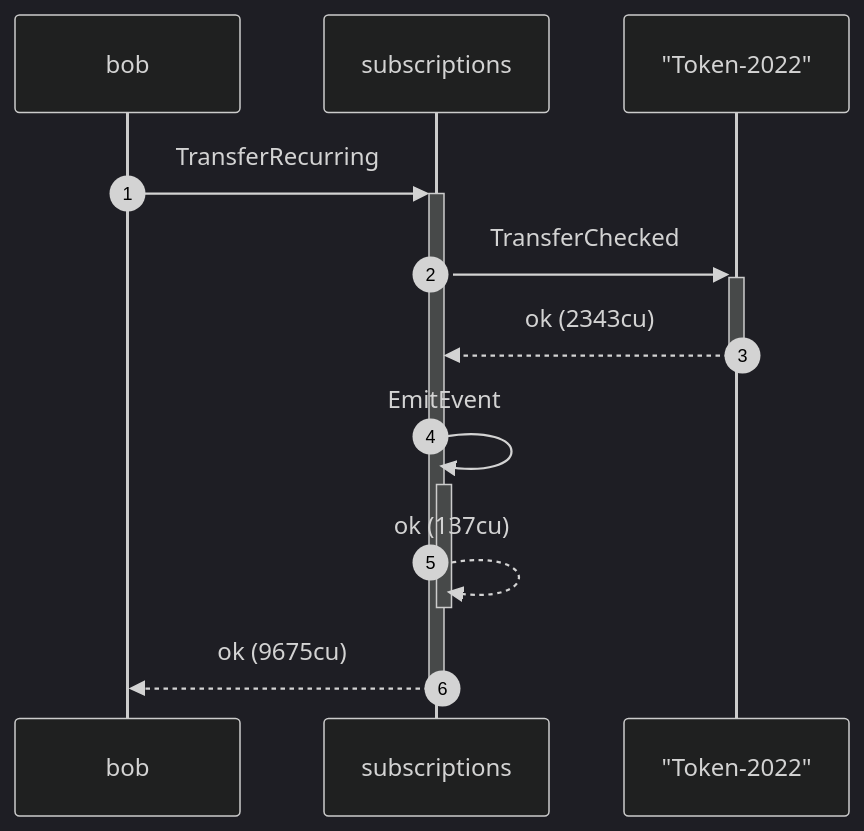
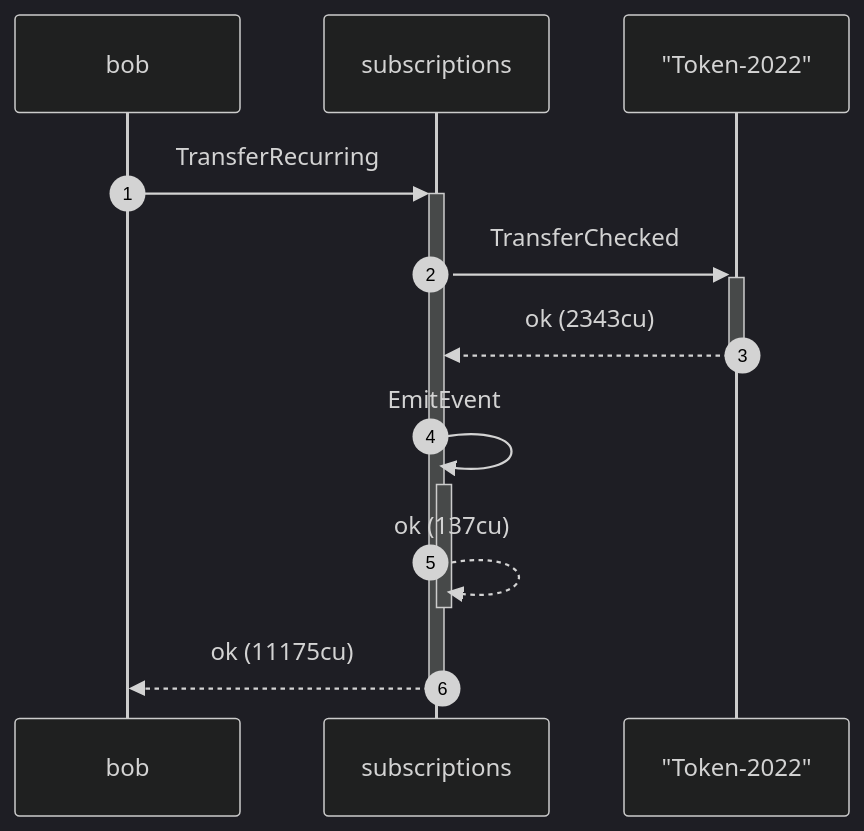
Before and after one commit to cds-rs/subscriptions: the tenth of 12 diagrams in dsl_tests/recurring-transfer-over-a-token-2022-unconfigured-transfer-hook-mint.md, drawn with Mermaid (dark theme). The commit also changed other lines of this file and 224 other files, not shown here.

````diff
--- a/dsl_tests/recurring-transfer-over-a-token-2022-unconfigured-transfer-hook-mint.md
+++ b/dsl_tests/recurring-transfer-over-a-token-2022-unconfigured-transfer-hook-mint.md
@@ -198,13 +207,13 @@
 ```mermaid
 sequenceDiagram
     autonumber
     participant bob
     participant subscriptions
     participant Token_2022 as "Token-2022"
     bob ->>+ subscriptions: TransferRecurring
     subscriptions ->>+ Token_2022: TransferChecked
     Token_2022 -->>- subscriptions: ok (2343cu)
     subscriptions ->>+ subscriptions: EmitEvent
     subscriptions -->>- subscriptions: ok (137cu)
-    subscriptions -->>- bob: ok (9675cu)
+    subscriptions -->>- bob: ok (11175cu)
 ```
````
